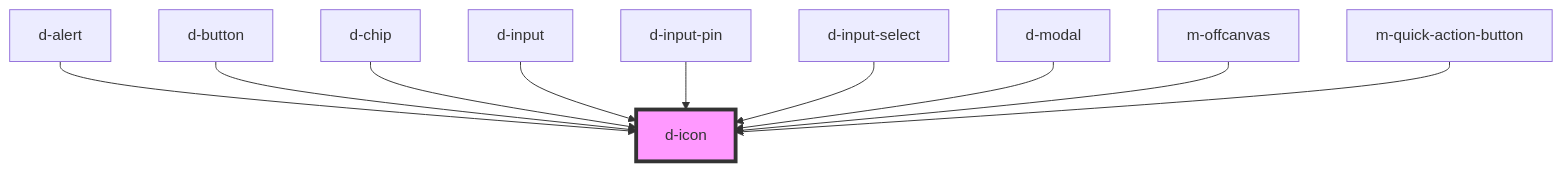
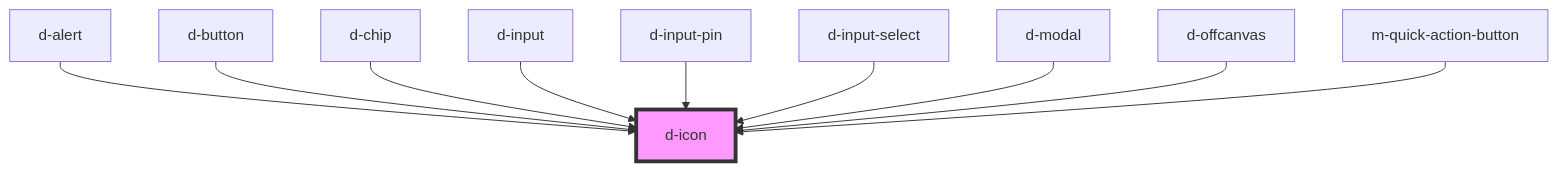
One commit to dynamic-framework/dynamic-ui changed the diagram in libraries/dynamic-ui/src/components/d-icon/readme.md. Above: the diagram before and after it, drawn with Mermaid. The commit also changed other lines of this file and 15 other files, not shown here.

````diff
--- a/libraries/dynamic-ui/src/components/d-icon/readme.md
+++ b/libraries/dynamic-ui/src/components/d-icon/readme.md
@@ -41,13 +41,13 @@
 ```mermaid
 graph TD;
   d-alert --> d-icon
   d-button --> d-icon
   d-chip --> d-icon
   d-input --> d-icon
   d-input-pin --> d-icon
   d-input-select --> d-icon
   d-modal --> d-icon
-  m-offcanvas --> d-icon
+  d-offcanvas --> d-icon
   m-quick-action-button --> d-icon
   style d-icon fill:#f9f,stroke:#333,stroke-width:4px
 ```
````
